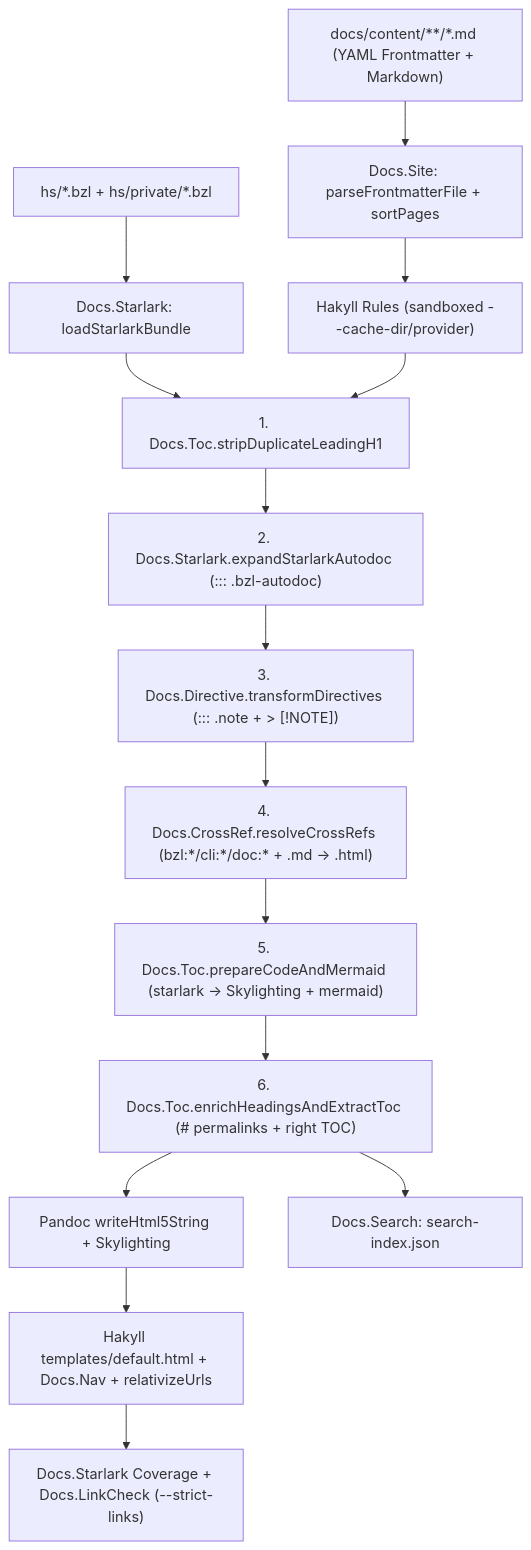
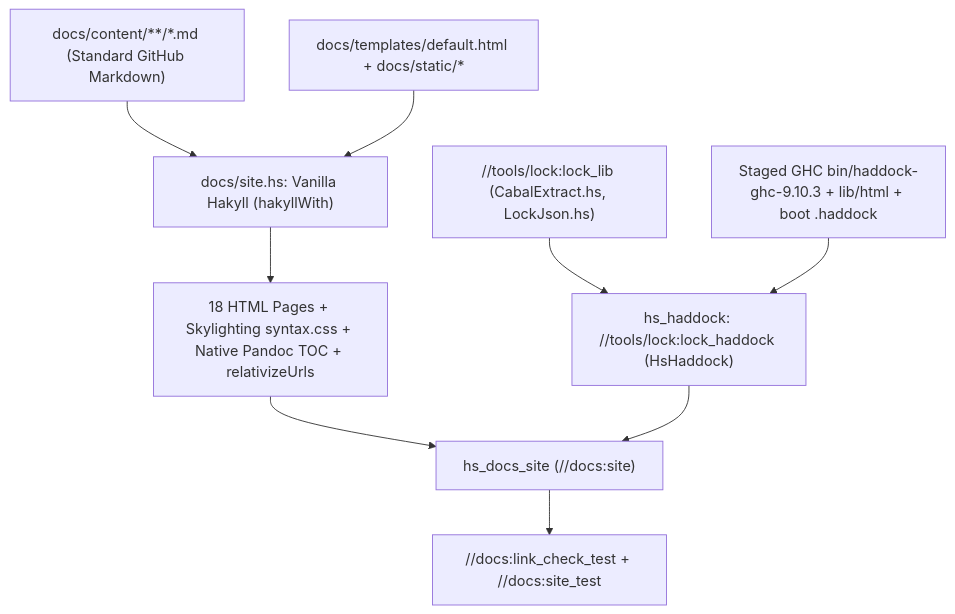
Before and after one commit to kaycebasques/hs: the diagram in docs/content/internals/docs-engine.md, drawn with Mermaid. The commit also changed other lines of this file and 43 other files, not shown here.

Commit message:
Implement hermetic hs_haddock and replace custom Docs.* DSL with vanilla Hakyll

````diff
--- a/docs/content/internals/docs-engine.md
+++ b/docs/content/internals/docs-engine.md
@@ -51,17 +47,11 @@
 ```mermaid
 flowchart TD
-    MD["docs/content/**/*.md (YAML Frontmatter + Markdown)"] --> FM["Docs.Site: parseFrontmatterFile + sortPages"]
-    BZL["hs/*.bzl + hs/private/*.bzl"] --> STAR["Docs.Starlark: loadStarlarkBundle"]
-    FM --> HAK["Hakyll Rules (sandboxed --cache-dir/provider)"]
-    STAR --> AST1["1. Docs.Toc.stripDuplicateLeadingH1"]
-    HAK --> AST1
-    AST1 --> AST2["2. Docs.Starlark.expandStarlarkAutodoc (::: .bzl-autodoc)"]
-    AST2 --> AST3["3. Docs.Directive.transformDirectives (::: .note + > [!NOTE])"]
-    AST3 --> AST4["4. Docs.CrossRef.resolveCrossRefs (bzl:*/cli:*/doc:* + .md -> .html)"]
-    AST4 --> AST5["5. Docs.Toc.prepareCodeAndMermaid (starlark -> Skylighting + mermaid)"]
-    AST5 --> AST6["6. Docs.Toc.enrichHeadingsAndExtractToc (# permalinks + right TOC)"]
-    AST6 --> HTML["Pandoc writeHtml5String + Skylighting"]
-    AST6 --> SEARCH["Docs.Search: search-index.json"]
-    HTML --> TPL["Hakyll templates/default.html + Docs.Nav + relativizeUrls"]
-    TPL --> VERIFY["Docs.Starlark Coverage + Docs.LinkCheck (--strict-links)"]
+    MD["docs/content/**/*.md (Standard GitHub Markdown)"] --> HAK["docs/site.hs: Vanilla Hakyll (hakyllWith)"]
+    TPL["docs/templates/default.html + docs/static/*"] --> HAK
+    HAK --> HTML["18 HTML Pages + Skylighting syntax.css + Native Pandoc TOC + relativizeUrls"]
+    LOCK["//tools/lock:lock_lib (CabalExtract.hs, LockJson.hs)"] --> HAD["hs_haddock: //tools/lock:lock_haddock (HsHaddock)"]
+    GHC["Staged GHC bin/haddock-ghc-9.10.3 + lib/html + boot .haddock"] --> HAD
+    HTML --> SITE["hs_docs_site (//docs:site)"]
+    HAD --> SITE
+    SITE --> CHECK["//docs:link_check_test + //docs:site_test"]
 ```
````
